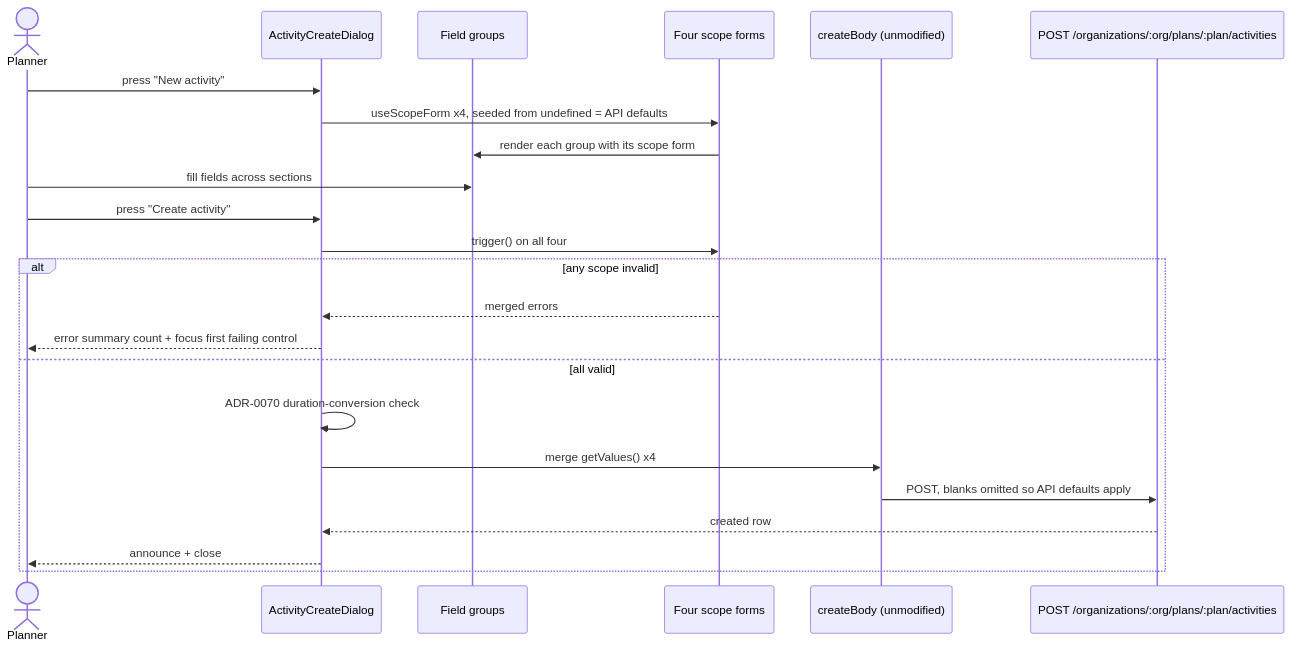
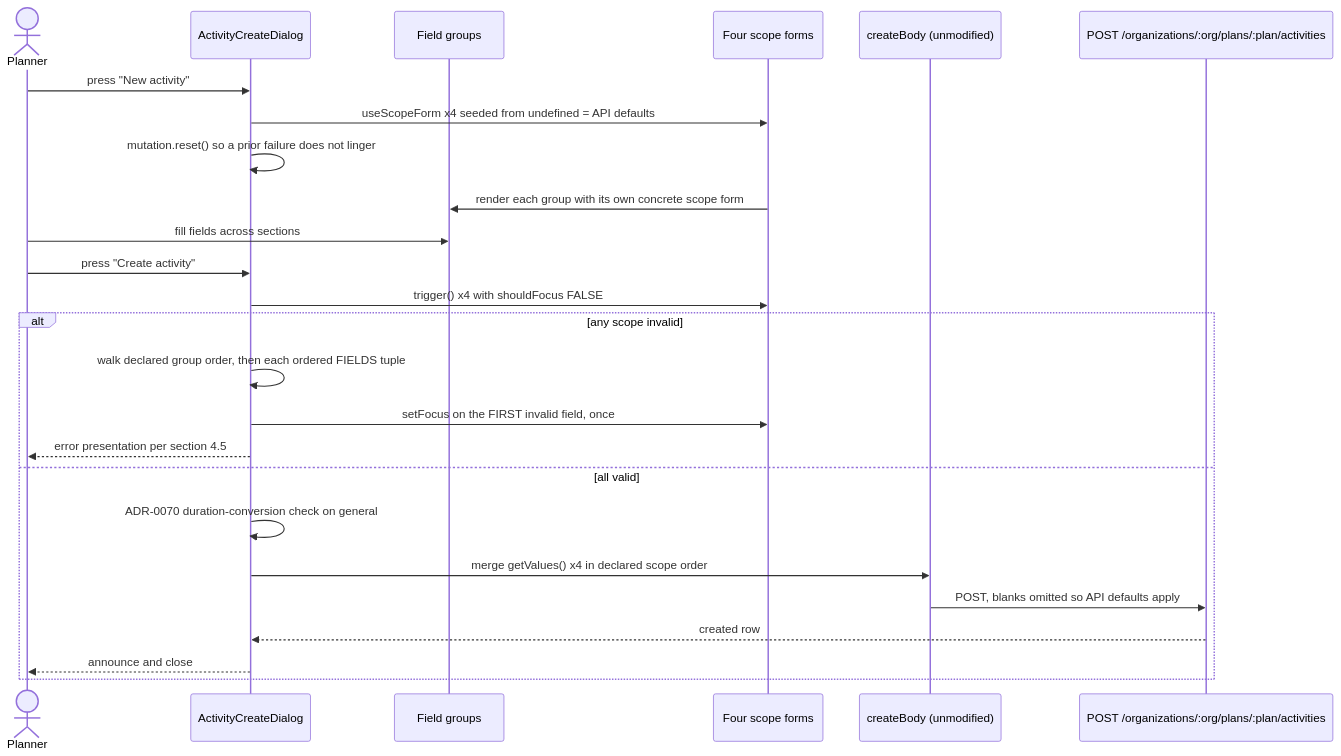
The second of 3 diagrams in docs/specs/activity-dialog-unification/feature-spec.md (HuttonHomeHub/SchedulePoint_1), drawn with Mermaid before and after one commit. The commit also changed other lines of this file and 1 other file, not shown here.

First line of the commit message:
docs(repo): revise the dialog-unification plan against the architecture review

````diff
--- a/docs/specs/activity-dialog-unification/feature-spec.md
+++ b/docs/specs/activity-dialog-unification/feature-spec.md
@@ -591,26 +722,28 @@
 ```mermaid
 sequenceDiagram
   actor P as Planner
   participant D as ActivityCreateDialog
   participant G as Field groups
   participant S as Four scope forms
   participant B as createBody (unmodified)
   participant API as POST /organizations/:org/plans/:plan/activities
 
   P->>D: press "New activity"
-  D->>S: useScopeForm x4, seeded from undefined = API defaults
-  S->>G: render each group with its scope form
+  D->>S: useScopeForm x4 seeded from undefined = API defaults
+  D->>D: mutation.reset() so a prior failure does not linger
+  S->>G: render each group with its own concrete scope form
   P->>G: fill fields across sections
   P->>D: press "Create activity"
-  D->>S: trigger() on all four
+  D->>S: trigger() x4 with shouldFocus FALSE
   alt any scope invalid
-    S-->>D: merged errors
-    D-->>P: error summary count + focus first failing control
+    D->>D: walk declared group order, then each ordered FIELDS tuple
+    D->>S: setFocus on the FIRST invalid field, once
+    D-->>P: error presentation per section 4.5
   else all valid
-    D->>D: ADR-0070 duration-conversion check
-    D->>B: merge getValues() x4
+    D->>D: ADR-0070 duration-conversion check on general
+    D->>B: merge getValues() x4 in declared scope order
     B->>API: POST, blanks omitted so API defaults apply
     API-->>D: created row
-    D-->>P: announce + close
+    D-->>P: announce and close
   end
 ```
````
